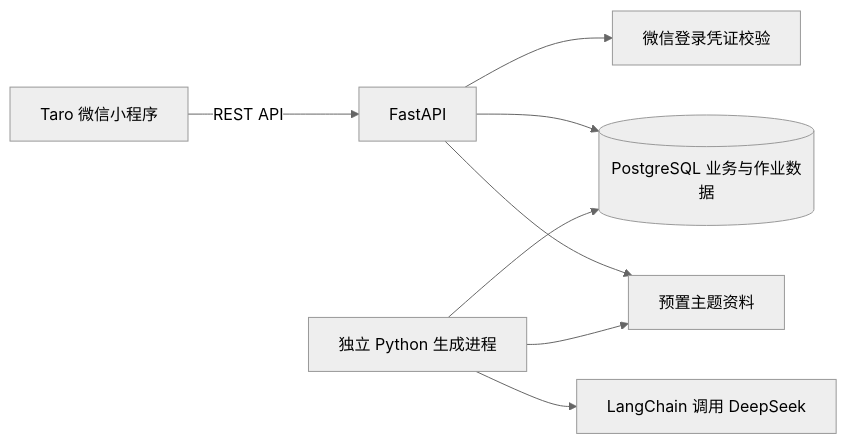
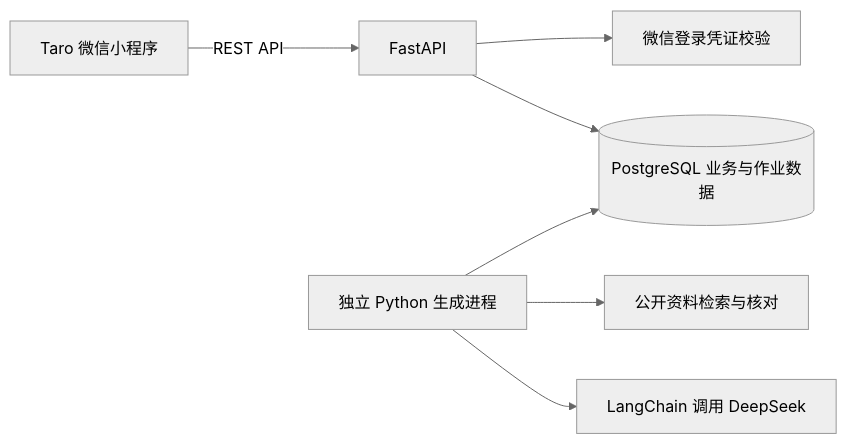
The third of 3 diagrams in docs/方案设计文档.md (Huangbingshuai/ai_learn), drawn with Mermaid (neutral theme) before and after one commit. The commit also changed other lines of this file and 3 other files, not shown here.

````diff
--- a/docs/方案设计文档.md
+++ b/docs/方案设计文档.md
@@ -140,10 +144,9 @@
 ```mermaid
 flowchart LR
     MP[Taro 微信小程序] -->|REST API| API[FastAPI]
     API --> WX[微信登录凭证校验]
     API --> DB[(PostgreSQL 业务与作业数据)]
     Worker[独立 Python 生成进程] --> DB
-    API --> Topics[预置主题资料]
-    Worker --> Topics
+    Worker --> Search[公开资料检索与核对]
     Worker --> Model[LangChain 调用 DeepSeek]
 ```
````
